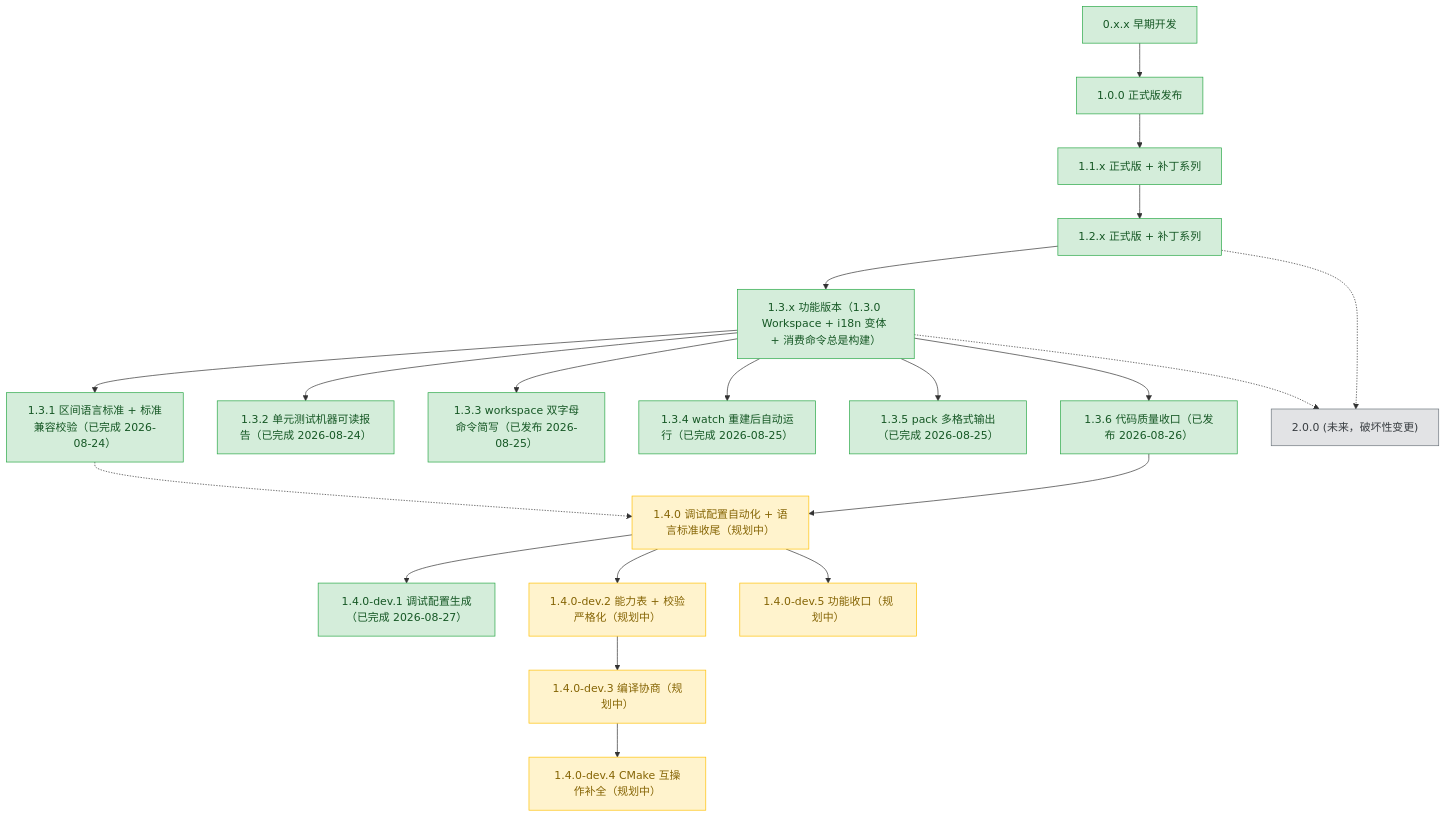
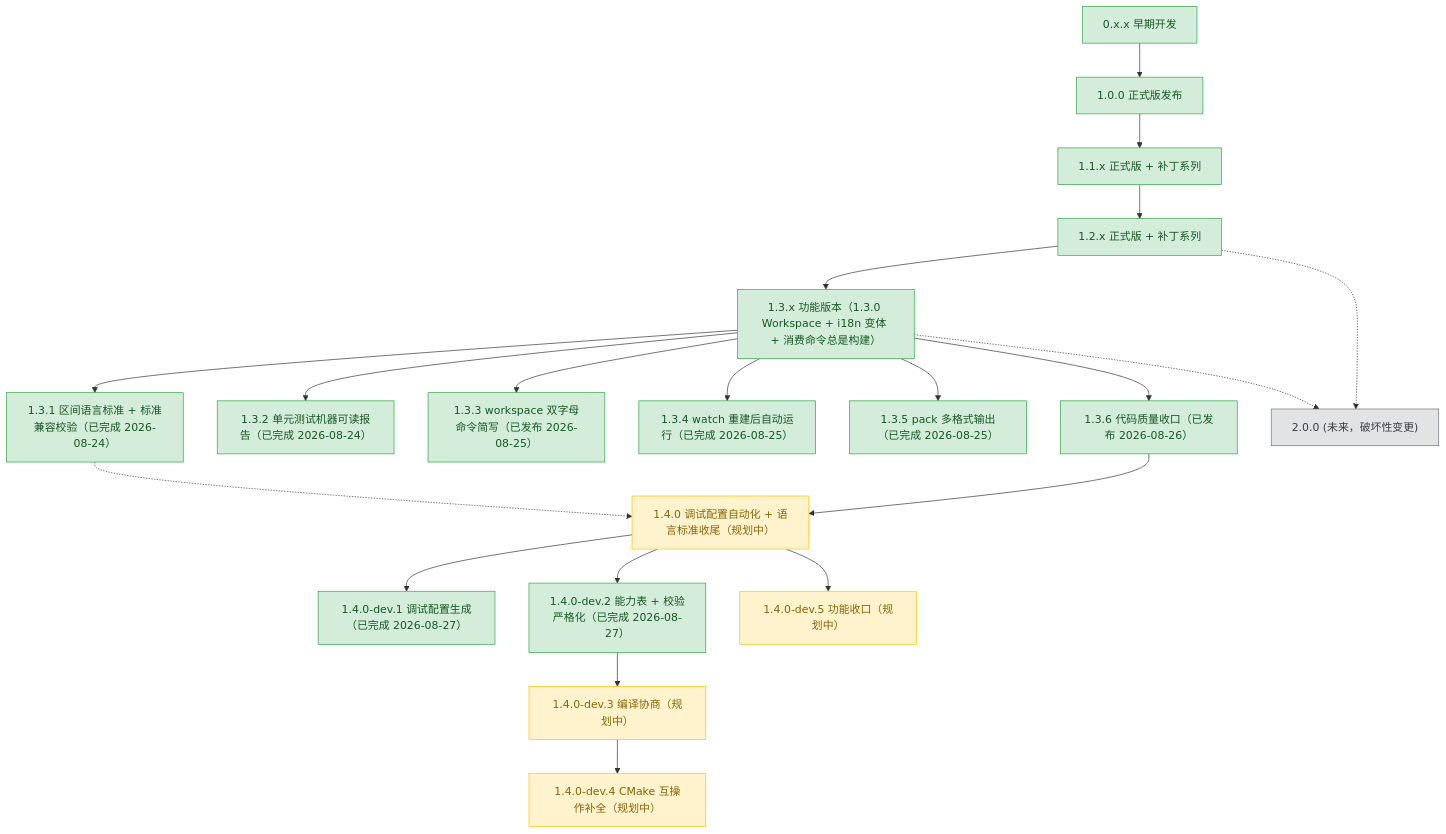
The diagram in plans/README.md (3667808244/EazyMake), drawn with Mermaid before and after one commit. The commit also changed other lines of this file and 5 other files, not shown here.

````diff
--- a/plans/README.md
+++ b/plans/README.md
@@ -66,63 +66,63 @@
 ```mermaid
 graph TD
     v0xx["0.x.x 早期开发"]
     v100["1.0.0 正式版发布"]
     v11x["1.1.x 正式版 + 补丁系列"]
     v12x["1.2.x 正式版 + 补丁系列"]
     v13x["1.3.x 功能版本（1.3.0 Workspace + i18n 变体 + 消费命令总是构建）"]
     v131["1.3.1 区间语言标准 + 标准兼容校验（已完成 2026-08-24）"]
     v132["1.3.2 单元测试机器可读报告（已完成 2026-08-24）"]
     v133["1.3.3 workspace 双字母命令简写（已发布 2026-08-25）"]
     v134["1.3.4 watch 重建后自动运行（已完成 2026-08-25）"]
     v135["1.3.5 pack 多格式输出（已完成 2026-08-25）"]
     v136["1.3.6 代码质量收口（已发布 2026-08-26）"]
     v140["1.4.0 调试配置自动化 + 语言标准收尾（规划中）"]
     v141["1.4.0-dev.1 调试配置生成（已完成 2026-08-27）"]
-    v142["1.4.0-dev.2 能力表 + 校验严格化（规划中）"]
+    v142["1.4.0-dev.2 能力表 + 校验严格化（已完成 2026-08-27）"]
     v143["1.4.0-dev.3 编译协商（规划中）"]
     v144["1.4.0-dev.4 CMake 互操作补全（规划中）"]
     v145["1.4.0-dev.5 功能收口（规划中）"]
     v200["2.0.0 (未来，破坏性变更)"]
 
     v0xx --> v100
     v100 --> v11x
     v11x --> v12x
     v12x --> v13x
     v13x --> v131
     v13x --> v132
     v13x --> v133
     v13x --> v134
     v13x --> v135
     v13x --> v136
     v136 --> v140
     v140 --> v141
     v140 --> v142
     v142 --> v143
     v143 --> v144
     v140 --> v145
     v131 -.-> v140
     v12x -.-> v200
     v13x -.-> v200
 
     classDef done fill:#d4edda,stroke:#28a745,color:#155724;
     classDef active fill:#fff3cd,stroke:#ffc107,color:#856404;
     classDef todo fill:#e2e3e5,stroke:#6c757d,color:#383d41;
 
     class v0xx,v100 done;
     class v11x done;
     class v12x done;
     class v13x done;
     class v131 done;
     class v132 done;
     class v133 done;
     class v134 done;
     class v135 done;
     class v136 done;
     class v140 active;
     class v141 done;
-    class v142 active;
+    class v142 done;
     class v143 active;
     class v144 active;
     class v145 active;
     class v200 todo;
 ```
````
